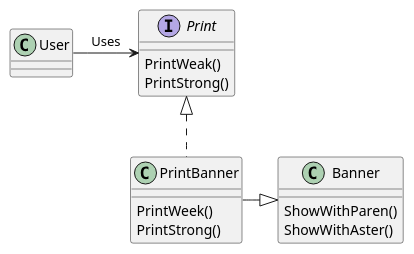
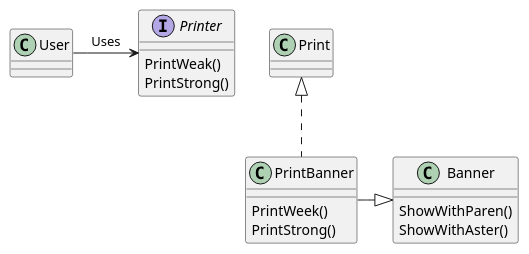
Before and after one commit to nky163/DesignPatternGo: the diagram in adapter1/adapter.pu, drawn with PlantUML.

Commit message:
moddify uml

```diff
--- a/adapter1/adapter.pu
+++ b/adapter1/adapter.pu
@@ -1,25 +1,24 @@
 @startuml
-interface Print {
-	
+interface Printer {
 	PrintWeak()
 	PrintStrong()
 }
 
-User -> Print: Uses
+User -> Printer: Uses
 
 class PrintBanner {
 	PrintWeek()
 	PrintStrong()
 }
 
 Print <|.. PrintBanner
 
 class Banner {
 	ShowWithParen()
 	ShowWithAster()
 }
 
 PrintBanner -|> Banner
 
 
 @enduml
```
